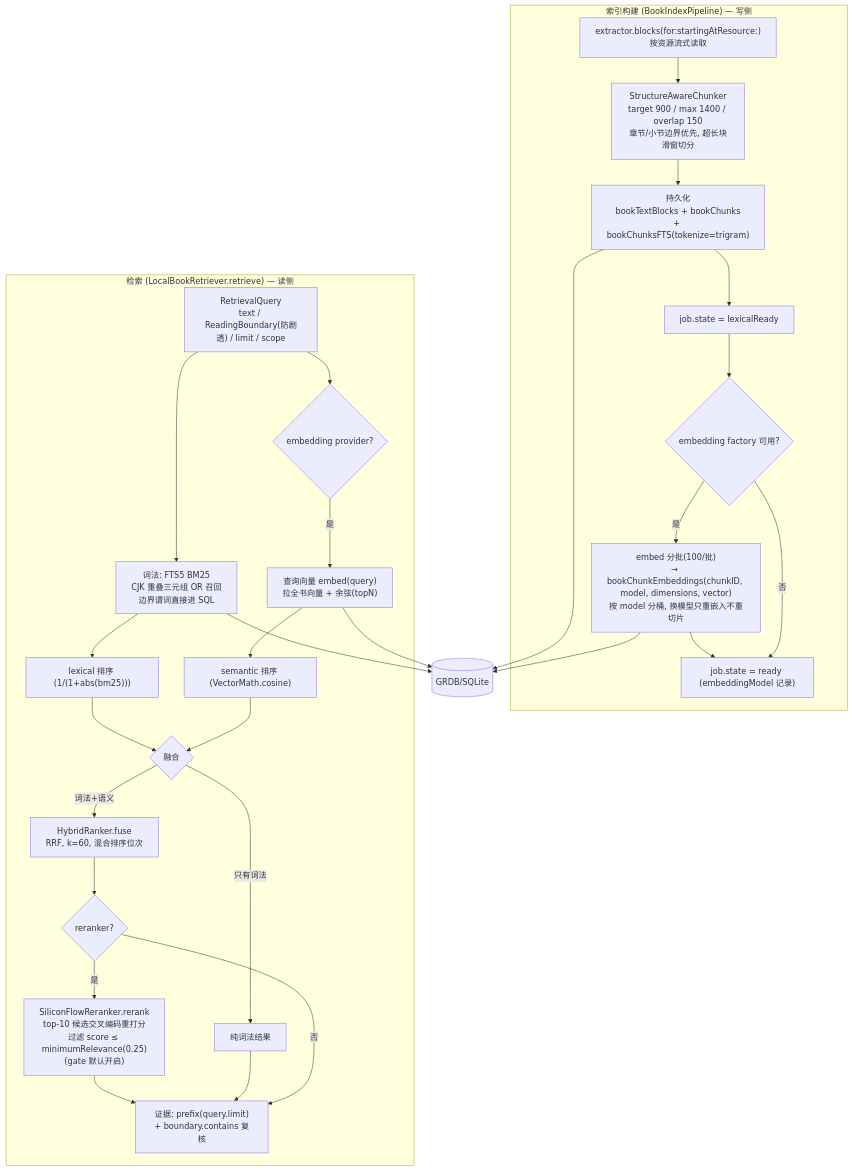
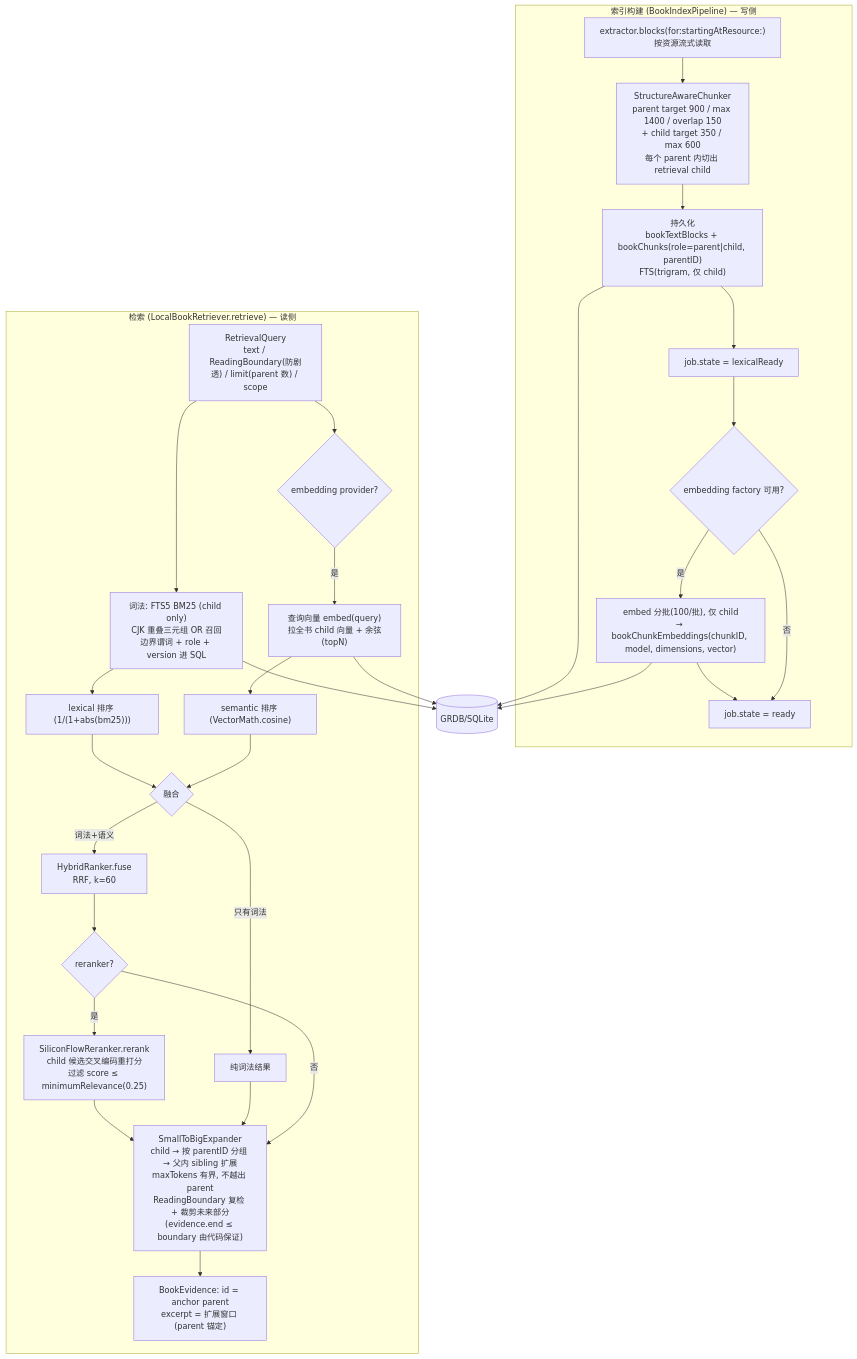
One commit to freecodetiger/Elsepage changed the fourth of 5 diagrams in ARCHITECTURE.md. Above: the diagram before and after it, drawn with Mermaid. The commit also changed other lines of this file and 7 other files, not shown here.

First line of the commit message:
feat(observability): context-pipeline metrics + updated architecture doc

````diff
--- a/ARCHITECTURE.md
+++ b/ARCHITECTURE.md
@@ -154,39 +154,40 @@
 ```mermaid
 flowchart TD
     subgraph IDX["索引构建 (BookIndexPipeline) — 写侧"]
-        A["extractor.blocks(for:startingAtResource:)<br/>按资源流式读取"] --> B["StructureAwareChunker<br/>target 900 / max 1400 / overlap 150<br/>章节/小节边界优先, 超长块滑窗切分"]
-        B --> C["持久化<br/>bookTextBlocks + bookChunks<br/>+ bookChunksFTS(tokenize=trigram)"]
+        A["extractor.blocks(for:startingAtResource:)<br/>按资源流式读取"] --> B["StructureAwareChunker<br/>parent target 900 / max 1400 / overlap 150<br/>+ child target 350 / max 600<br/>每个 parent 内切出 retrieval child"]
+        B --> C["持久化<br/>bookTextBlocks + bookChunks(role=parent|child, parentID)<br/>FTS(trigram, 仅 child)"]
         C --> D["job.state = lexicalReady"]
         D --> EF{"embedding factory 可用?"}
-        EF -->|是| F["embed 分批(100/批)<br/>→ bookChunkEmbeddings(chunkID, model, dimensions, vector)<br/>按 model 分桶, 换模型只重嵌入不重切片"]
-        F --> G["job.state = ready (embeddingModel 记录)"]
+        EF -->|是| F["embed 分批(100/批), 仅 child<br/>→ bookChunkEmbeddings(chunkID, model, dimensions, vector)"]
+        F --> G["job.state = ready"]
         EF -->|否| G
     end
 
     subgraph RET["检索 (LocalBookRetriever.retrieve) — 读侧"]
-        Q["RetrievalQuery<br/>text / ReadingBoundary(防剧透) / limit / scope"]
-        Q --> L["词法: FTS5 BM25<br/>CJK 重叠三元组 OR 召回<br/>边界谓词直接进 SQL"]
+        Q["RetrievalQuery<br/>text / ReadingBoundary(防剧透) / limit(parent 数) / scope"]
+        Q --> L["词法: FTS5 BM25 (child only)<br/>CJK 重叠三元组 OR 召回<br/>边界谓词 + role + version 进 SQL"]
         L --> LR["lexical 排序 (1/(1+abs(bm25)))"]
 
         Q --> SF{"embedding provider?"}
-        SF -->|"是"| V["查询向量 embed(query)<br/>拉全书向量 + 余弦(topN)"]
+        SF -->|"是"| V["查询向量 embed(query)<br/>拉全书 child 向量 + 余弦(topN)"]
         V --> SM["semantic 排序 (VectorMath.cosine)"]
 
         LR --> FUSE{"融合"}
         SM --> FUSE
         FUSE -->|"只有词法"| LEX["纯词法结果"]
-        FUSE -->|"词法+语义"| RRF["HybridRanker.fuse<br/>RRF, k=60, 混合排序位次"]
+        FUSE -->|"词法+语义"| RRF["HybridRanker.fuse<br/>RRF, k=60"]
 
         RRF --> GATE{"reranker?"}
-        GATE -->|"是"| RR["SiliconFlowReranker.rerank<br/>top-10 候选交叉编码重打分<br/>过滤 score ≤ minimumRelevance(0.25)<br/>(gate 默认开启)"]
-        RR --> OUT["证据: prefix(query.limit)<br/>+ boundary.contains 复核"]
+        GATE -->|"是"| RR["SiliconFlowReranker.rerank<br/>child 候选交叉编码重打分<br/>过滤 score ≤ minimumRelevance(0.25)"]
+        RR --> EXP["SmallToBigExpander<br/>child → 按 parentID 分组 → 父内 sibling 扩展<br/>maxTokens 有界, 不越出 parent<br/>ReadingBoundary 复检 + 裁剪未来部分<br/>(evidence.end ≤ boundary 由代码保证)"]
+        EXP --> OUT["BookEvidence: id = anchor parent<br/>excerpt = 扩展窗口 (parent 锚定)"]
 
-        LEX --> OUT
-        GATE -->|"否"| OUT
+        LEX --> EXP
+        GATE -->|"否"| EXP
     end
 
     C --> PDB[("GRDB/SQLite")]
     F --> PDB
     L --> PDB
     V --> PDB
 ```
````
